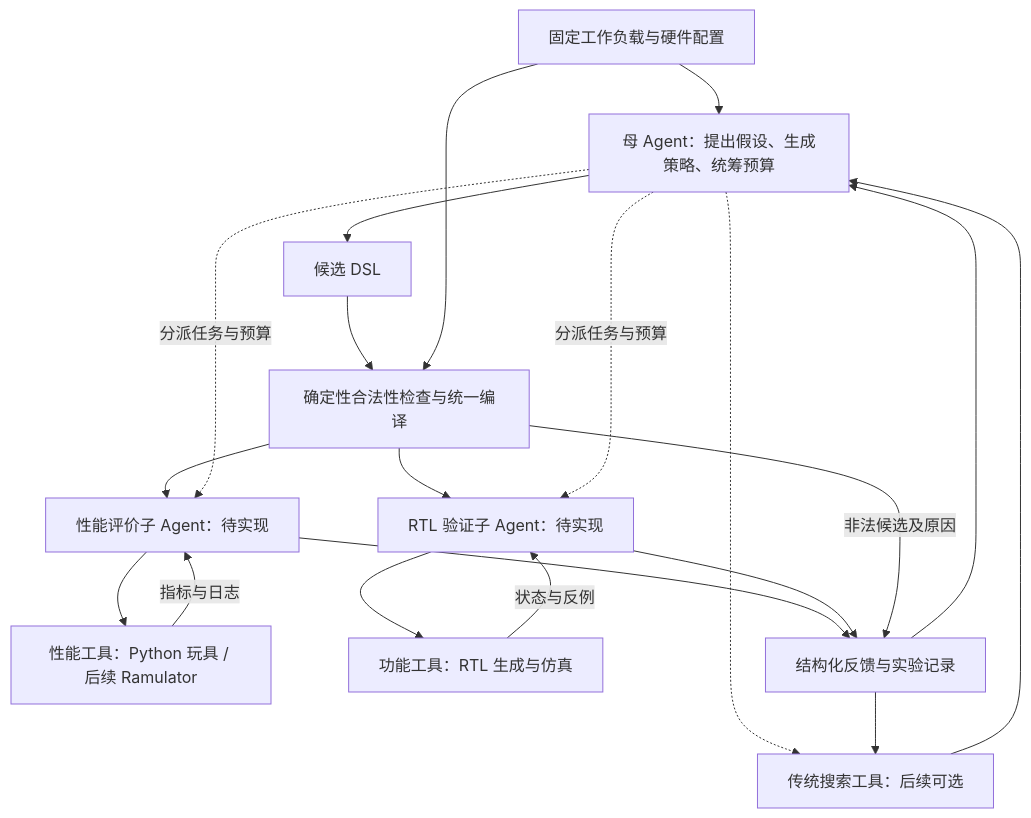
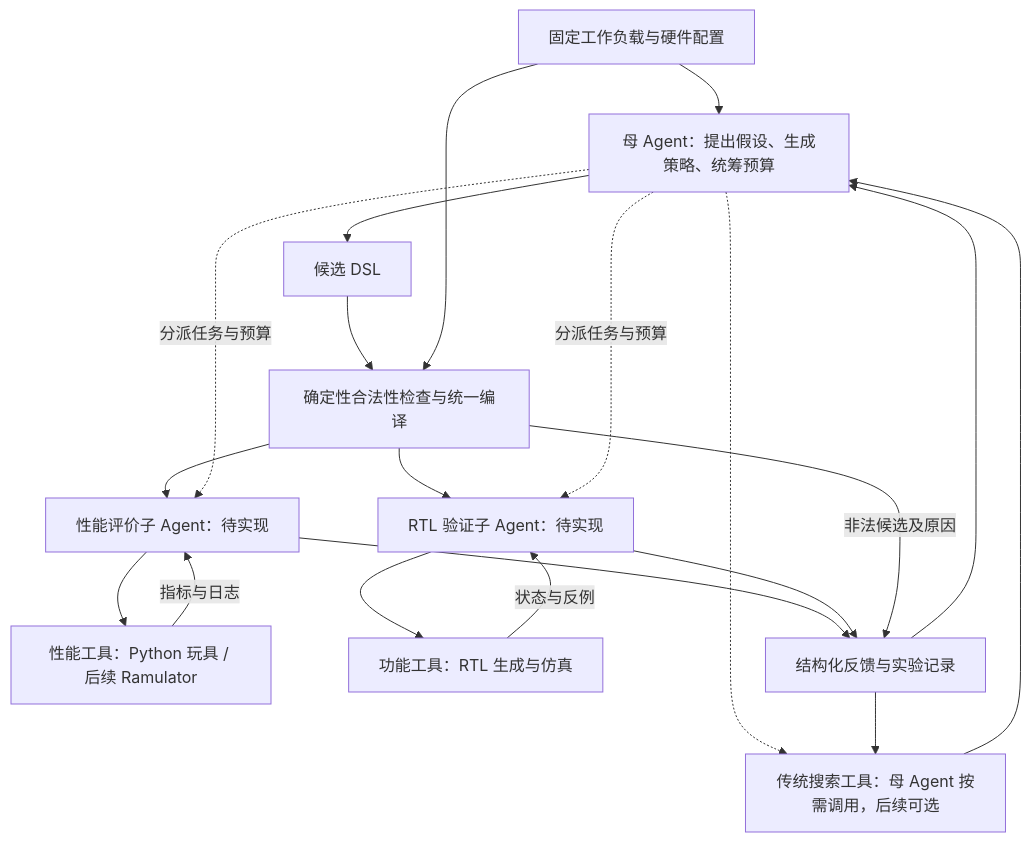
Before and after one commit to weishiru351-lab/agent_sim_for_HBM: the diagram in README.md, drawn with Mermaid. The commit also changed other lines of this file and 13 other files, not shown here.

````diff
--- a/README.md
+++ b/README.md
@@ -32,22 +37,22 @@
 ```mermaid
 flowchart TD
     W["固定工作负载与硬件配置"] --> M["母 Agent：提出假设、生成策略、统筹预算"]
-    M -.-> S["传统搜索工具：后续可选"]
+    M -.-> S["传统搜索工具：母 Agent 按需调用，后续可选"]
     S --> M
     M --> D["候选 DSL"]
     D --> C["确定性合法性检查与统一编译"]
     W --> C
     C --> P["性能评价子 Agent：待实现"]
     C --> V["RTL 验证子 Agent：待实现"]
     M -.->|分派任务与预算| P
     M -.->|分派任务与预算| V
     P --> PT["性能工具：Python 玩具 / 后续 Ramulator"]
     PT -->|指标与日志| P
     V --> VT["功能工具：RTL 生成与仿真"]
     VT -->|状态与反例| V
     P --> R["结构化反馈与实验记录"]
     V --> R
     C -->|非法候选及原因| R
     R --> M
     R --> S
 ```
````
